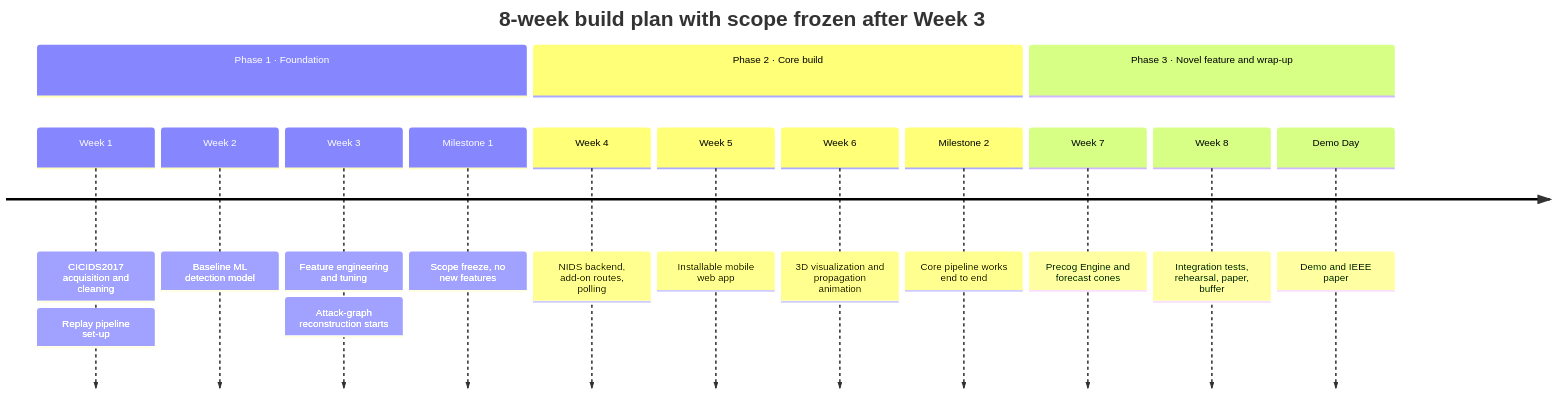
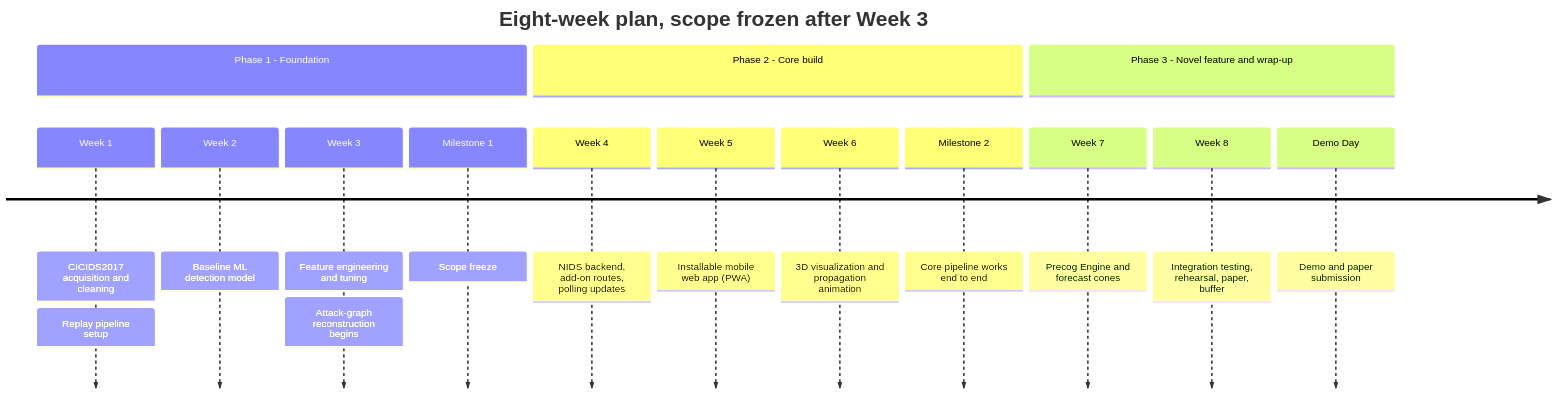
One commit to Sagar44-Github/precog-platform changed the ninth of 9 diagrams in README.md. Above: the diagram before and after it, drawn with Mermaid. The commit also changed other lines of this file and 5 other files, not shown here.

````diff
--- a/README.md
+++ b/README.md
@@ -1034,18 +1115,18 @@
 ```mermaid
 timeline
-    title 8-week build plan with scope frozen after Week 3
-    section Phase 1 · Foundation
-        Week 1 : CICIDS2017 acquisition and cleaning : Replay pipeline set-up
+    title Eight-week plan, scope frozen after Week 3
+    section Phase 1 - Foundation
+        Week 1 : CICIDS2017 acquisition and cleaning : Replay pipeline setup
         Week 2 : Baseline ML detection model
-        Week 3 : Feature engineering and tuning : Attack-graph reconstruction starts
-        Milestone 1 : Scope freeze, no new features
-    section Phase 2 · Core build
-        Week 4 : NIDS backend, add-on routes, polling
-        Week 5 : Installable mobile web app
+        Week 3 : Feature engineering and tuning : Attack-graph reconstruction begins
+        Milestone 1 : Scope freeze
+    section Phase 2 - Core build
+        Week 4 : NIDS backend, add-on routes, polling updates
+        Week 5 : Installable mobile web app (PWA)
         Week 6 : 3D visualization and propagation animation
         Milestone 2 : Core pipeline works end to end
-    section Phase 3 · Novel feature and wrap-up
+    section Phase 3 - Novel feature and wrap-up
         Week 7 : Precog Engine and forecast cones
-        Week 8 : Integration tests, rehearsal, paper, buffer
-        Demo Day : Demo and IEEE paper
+        Week 8 : Integration testing, rehearsal, paper, buffer
+        Demo Day : Demo and paper submission
 ```
````
